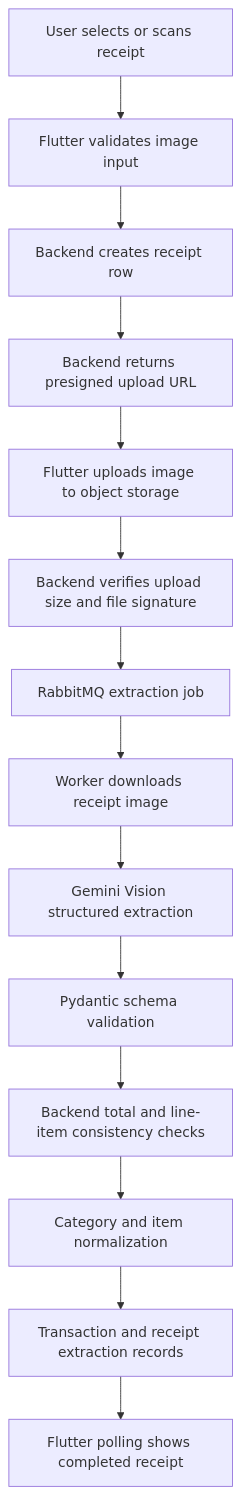
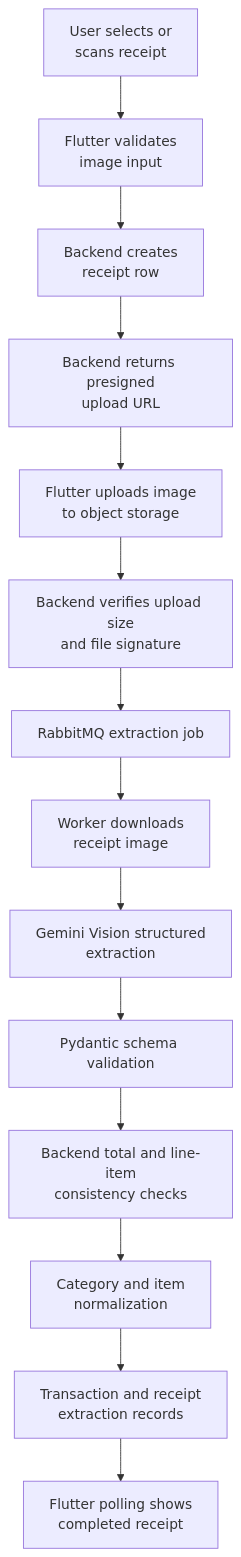
The second of 2 diagrams in README.md (fotapol/ai-expense-tracker), drawn with Mermaid before and after one commit.

Commit message:
Update mermaid diagram for AI pipeline readability

````diff
--- a/README.md
+++ b/README.md
@@ -77,16 +77,16 @@
 ```mermaid
 flowchart TD
-    A[User selects or scans receipt] --> B[Flutter validates image input]
-    B --> C[Backend creates receipt row]
-    C --> D[Backend returns presigned upload URL]
-    D --> E[Flutter uploads image to object storage]
-    E --> F[Backend verifies upload size and file signature]
-    F --> G[RabbitMQ extraction job]
-    G --> H[Worker downloads receipt image]
-    H --> I[Gemini Vision structured extraction]
-    I --> J[Pydantic schema validation]
-    J --> K[Backend total and line-item consistency checks]
-    K --> L[Category and item normalization]
-    L --> M[Transaction and receipt extraction records]
-    M --> N[Flutter polling shows completed receipt]
+    A["User selects or<br>scans receipt"] --> B["Flutter validates<br>image input"]
+    B --> C["Backend creates<br>receipt row"]
+    C --> D["Backend returns presigned<br>upload URL"]
+    D --> E["Flutter uploads image<br>to object storage"]
+    E --> F["Backend verifies upload size<br>and file signature"]
+    F --> G["RabbitMQ extraction job"]
+    G --> H["Worker downloads<br>receipt image"]
+    H --> I["Gemini Vision structured<br>extraction"]
+    I --> J["Pydantic schema validation"]
+    J --> K["Backend total and line-item<br>consistency checks"]
+    K --> L["Category and item<br>normalization"]
+    L --> M["Transaction and receipt<br>extraction records"]
+    M --> N["Flutter polling shows<br>completed receipt"]
 ```
````
